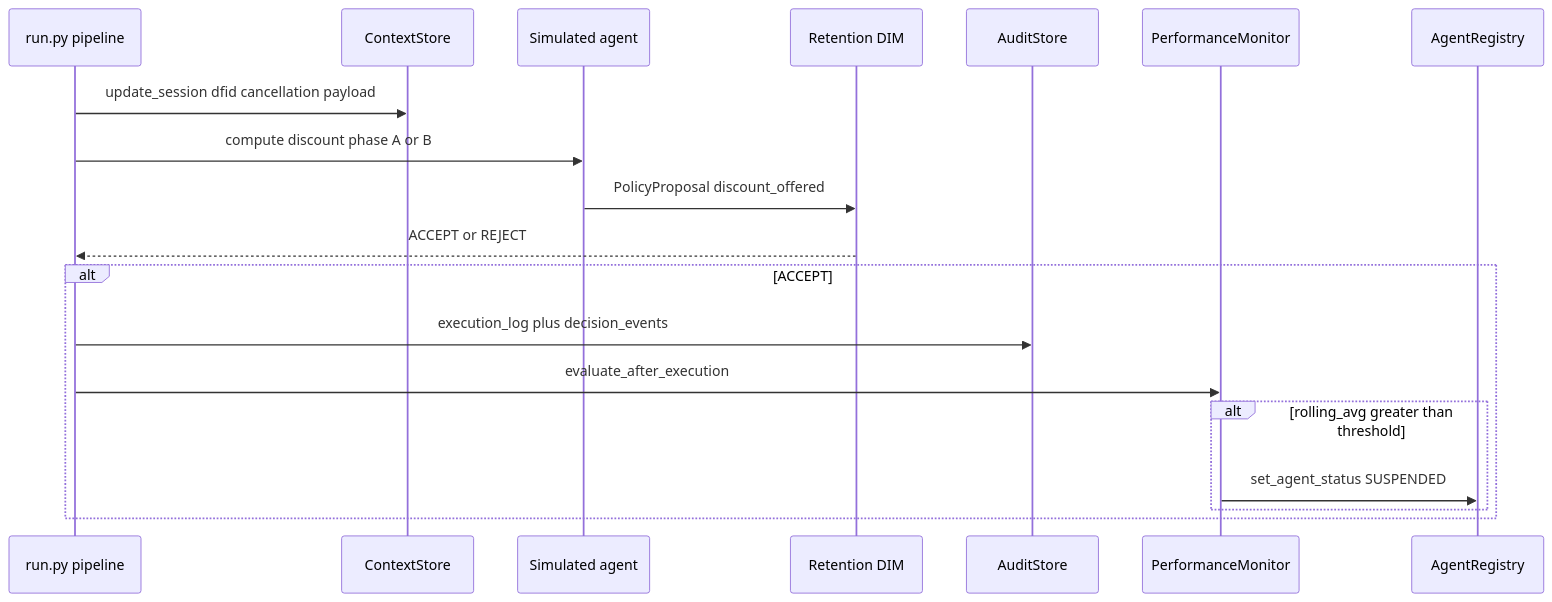
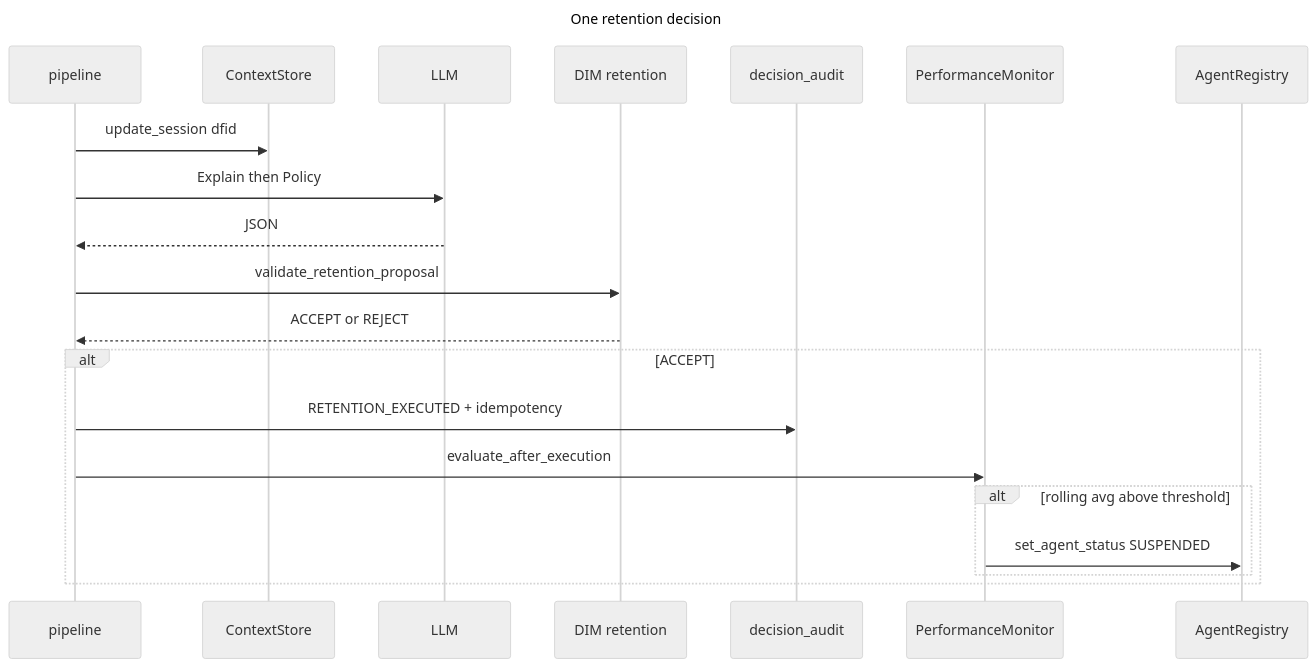
One commit to huka81/decision-intelligence-runtime changed the third of 3 diagrams in samples/36_drift_optimization_discount/README.md. Above: the diagram before and after it, drawn with Mermaid. The commit also changed other lines of this file and 16 other files, not shown here.

````diff
--- a/samples/36_drift_optimization_discount/README.md
+++ b/samples/36_drift_optimization_discount/README.md
@@ -114,21 +73,29 @@
 ```mermaid
+---
+title: One retention decision
+config:
+  layout: elk
+  theme: neutral
+  look: classic
+---
 sequenceDiagram
-    participant R as run.py pipeline
-    participant C as ContextStore
-    participant A as Simulated agent
-    participant D as Retention DIM
-    participant E as AuditStore
-    participant M as PerformanceMonitor
-    participant G as AgentRegistry
-    R->>C: update_session dfid cancellation payload
-    R->>A: compute discount phase A or B
-    A->>D: PolicyProposal discount_offered
-    D-->>R: ACCEPT or REJECT
-    alt ACCEPT
-        R->>E: execution_log plus decision_events
-        R->>M: evaluate_after_execution
-        alt rolling_avg greater than threshold
-            M->>G: set_agent_status SUSPENDED
-        end
+  participant P as pipeline
+  participant C as ContextStore
+  participant L as LLM
+  participant D as DIM retention
+  participant A as decision_audit
+  participant M as PerformanceMonitor
+  participant G as AgentRegistry
+  P->>C: update_session dfid
+  P->>L: Explain then Policy
+  L-->>P: JSON
+  P->>D: validate_retention_proposal
+  D-->>P: ACCEPT or REJECT
+  alt ACCEPT
+    P->>A: RETENTION_EXECUTED + idempotency
+    P->>M: evaluate_after_execution
+    alt rolling avg above threshold
+      M->>G: set_agent_status SUSPENDED
     end
+  end
 ```
````
